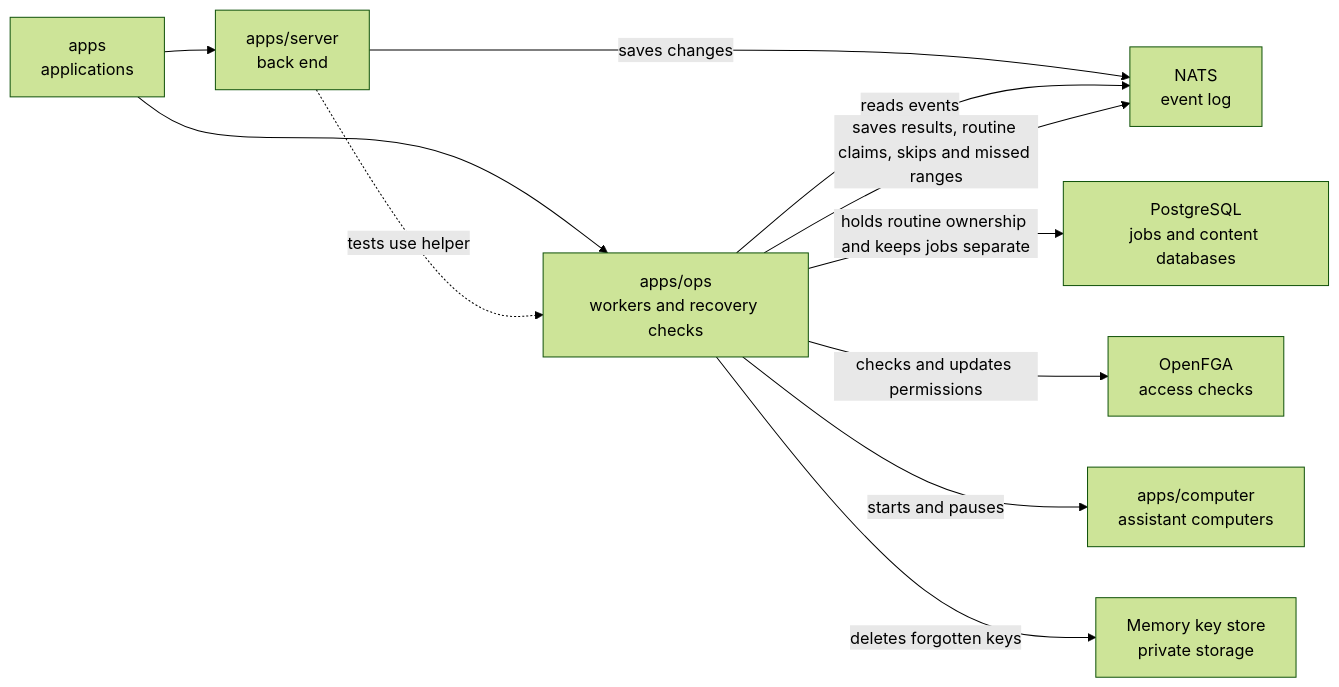
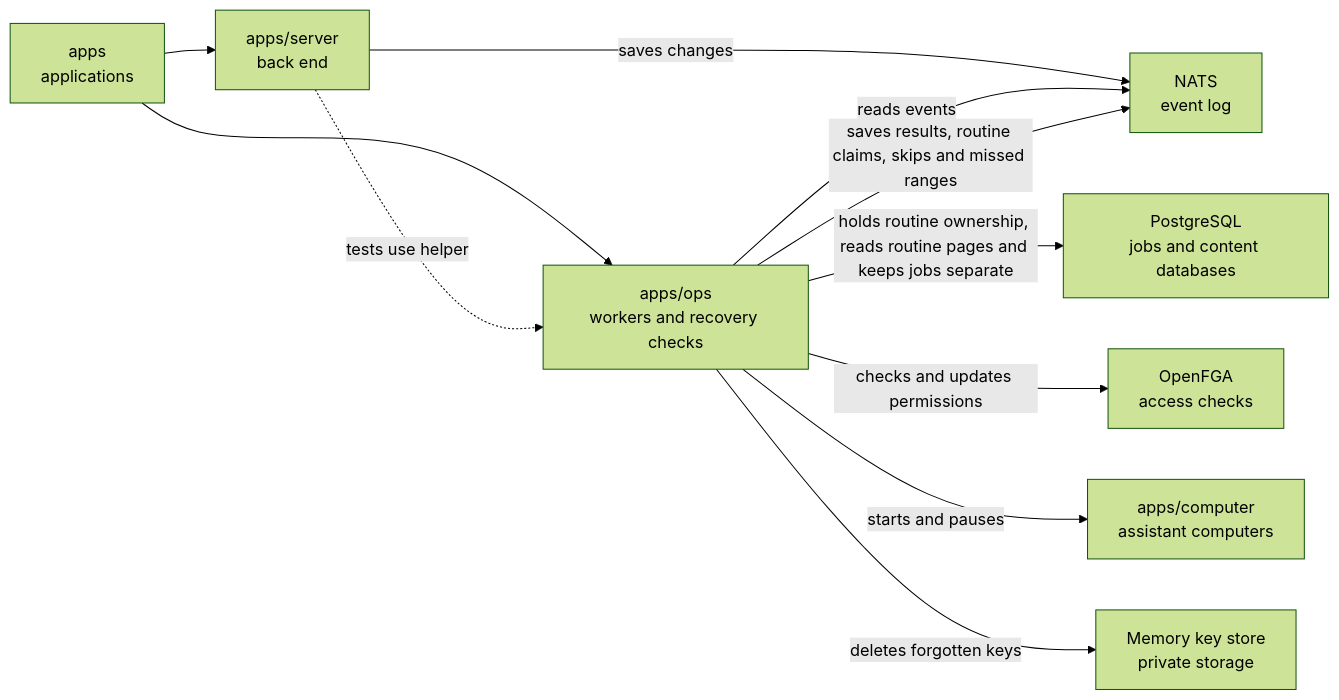
The diagram in apps/ops/README.md (elewa-git/opencrane-new), drawn with Mermaid (forest theme) before and after one commit. The commit also changed other lines of this file and 8 other files, not shown here.

````diff
--- a/apps/ops/README.md
+++ b/apps/ops/README.md
@@ -17,13 +17,13 @@
 ```mermaid
 flowchart LR
   apps["apps<br/>applications"] --> ops["apps/ops<br/>workers and recovery checks"]
   apps --> server["apps/server<br/>back end"]
   server -.->|tests use helper| ops
   server -->|saves changes| nats["NATS<br/>event log"]
   ops -->|reads events| nats
   ops -->|saves results, routine claims, skips and missed ranges| nats
-  ops -->|holds routine ownership and keeps jobs separate| pg["PostgreSQL<br/>jobs and content databases"]
+  ops -->|holds routine ownership, reads routine pages and keeps jobs separate| pg["PostgreSQL<br/>jobs and content databases"]
   ops -->|checks and updates permissions| fga["OpenFGA<br/>access checks"]
   ops -->|starts and pauses| computer["apps/computer<br/>assistant computers"]
   ops -->|deletes forgotten keys| keys["Memory key store<br/>private storage"]
 ```
````
